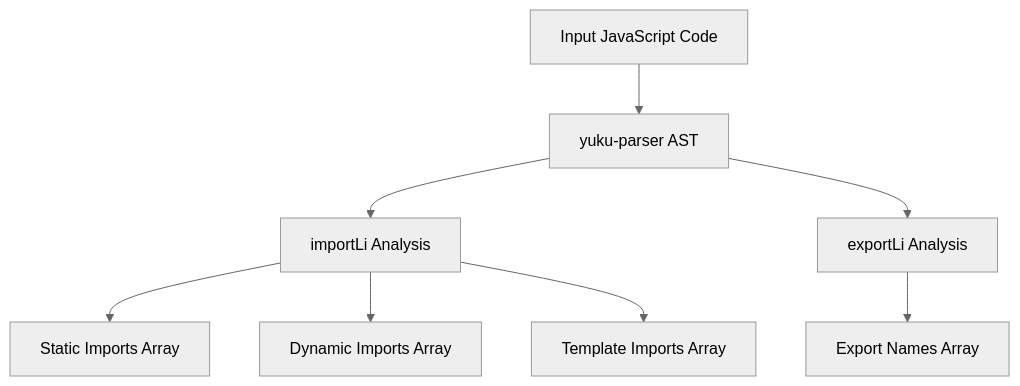
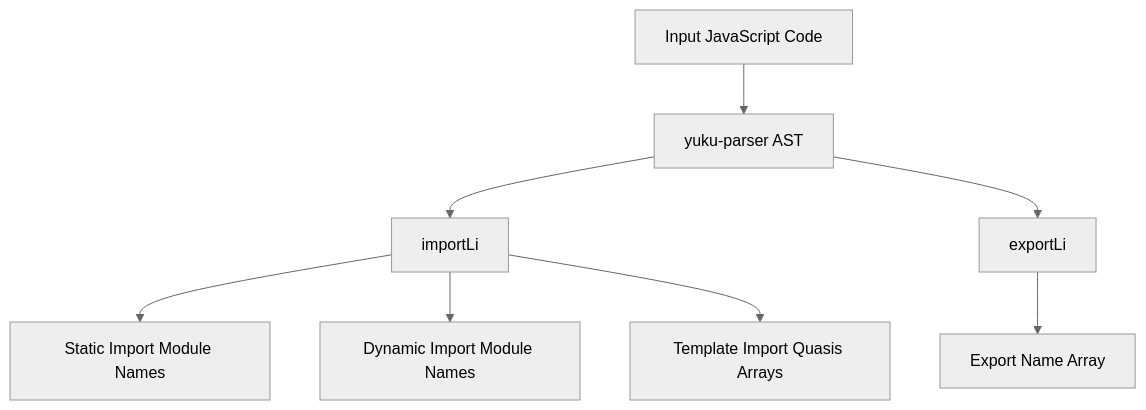
One commit to webc-site/npm changed the diagram in jsparser/readme/en/README.md. Above: the diagram before and after it, drawn with Mermaid (neutral theme). The commit also changed other lines of this file and 3 other files, not shown here.

````diff
--- a/jsparser/readme/en/README.md
+++ b/jsparser/readme/en/README.md
@@ -53,10 +42,10 @@
 ```mermaid
 graph TD
     A[Input JavaScript Code] --> B[yuku-parser AST]
-    B --> C[importLi Analysis]
-    B --> D[exportLi Analysis]
-    C --> E[Static Imports Array]
-    C --> F[Dynamic Imports Array]
-    C --> G[Template Imports Array]
-    D --> H[Export Names Array]
+    B --> C[importLi]
+    B --> D[exportLi]
+    C --> E[Static Import Module Names]
+    C --> F[Dynamic Import Module Names]
+    C --> G[Template Import Quasis Arrays]
+    D --> H[Export Name Array]
 ```
````
